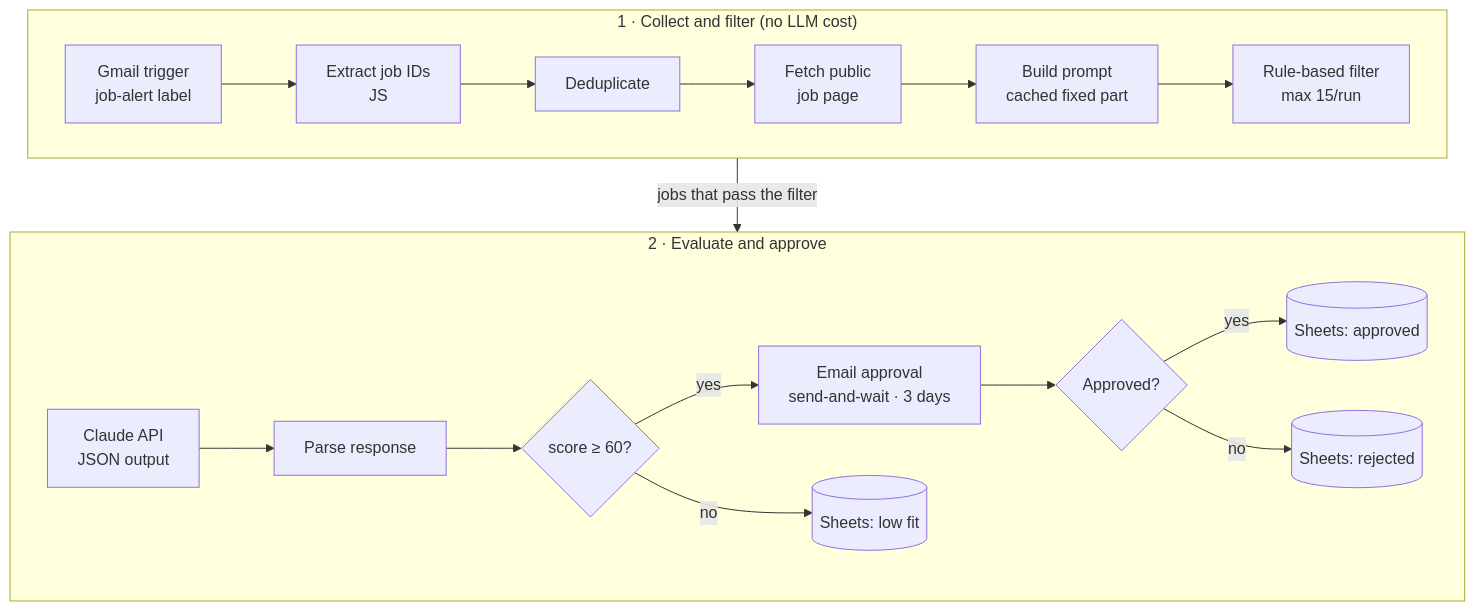
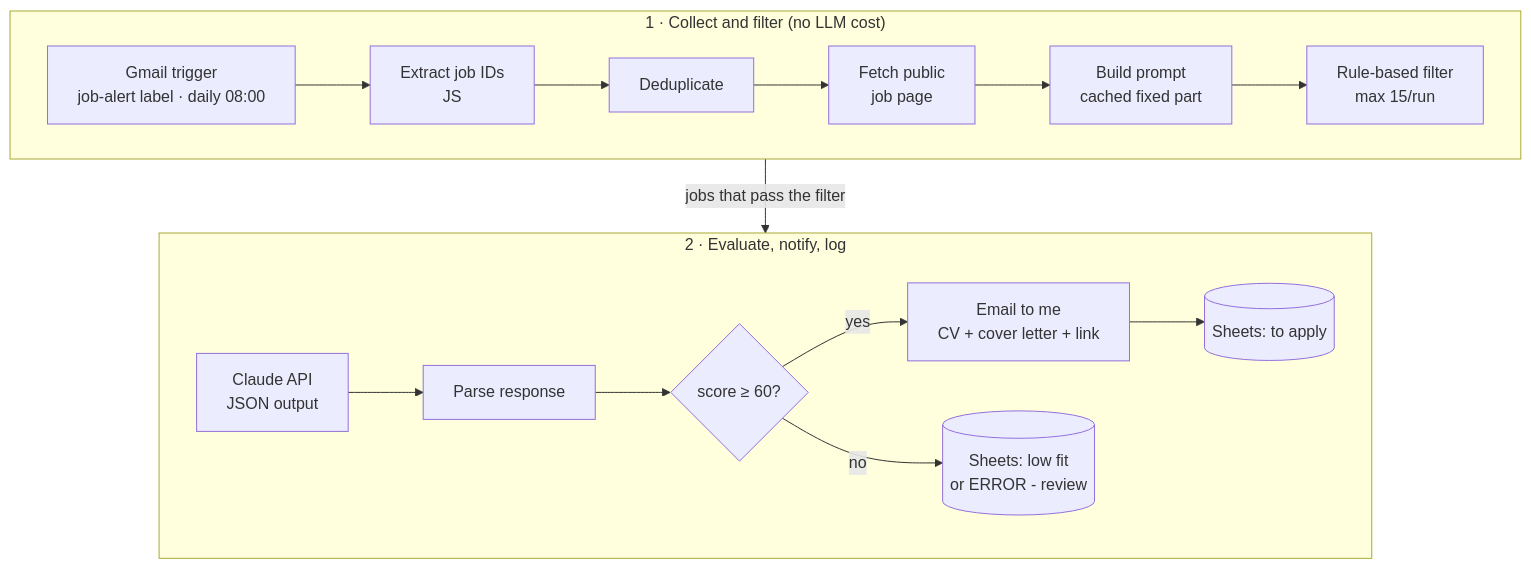
The diagram in n8n/README.md (aavelarbelo/llm-job-application-assistant), drawn with Mermaid before and after one commit. The commit also changed other lines of this file and 10 other files, not shown here.

````diff
--- a/n8n/README.md
+++ b/n8n/README.md
@@ -15,18 +13,16 @@
 ```mermaid
 flowchart TB
     subgraph A[" 1 · Collect and filter (no LLM cost) "]
         direction LR
-        T[Gmail trigger<br/>job-alert label] --> X[Extract job IDs<br/>JS] --> D[Deduplicate]
+        T[Gmail trigger<br/>job-alert label · daily 08:00] --> X[Extract job IDs<br/>JS] --> D[Deduplicate]
         D --> F[Fetch public<br/>job page] --> P[Build prompt<br/>cached fixed part]
         P --> R[Rule-based filter<br/>max 15/run]
     end
-    subgraph B[" 2 · Evaluate and approve "]
+    subgraph B[" 2 · Evaluate, notify, log "]
         direction LR
         C[Claude API<br/>JSON output] --> I[Parse response] --> S{score ≥ 60?}
-        S -- yes --> AP[Email approval<br/>send-and-wait · 3 days] --> Q{Approved?}
-        Q -- yes --> G1[(Sheets: approved)]
-        Q -- no --> G2[(Sheets: rejected)]
-        S -- no --> G3[(Sheets: low fit)]
+        S -- yes --> E[Email to me<br/>CV + cover letter + link] --> G1[(Sheets: to apply)]
+        S -- no --> G2[(Sheets: low fit<br/>or ERROR - review)]
     end
     A -- jobs that pass the filter --> B
 ```
````
